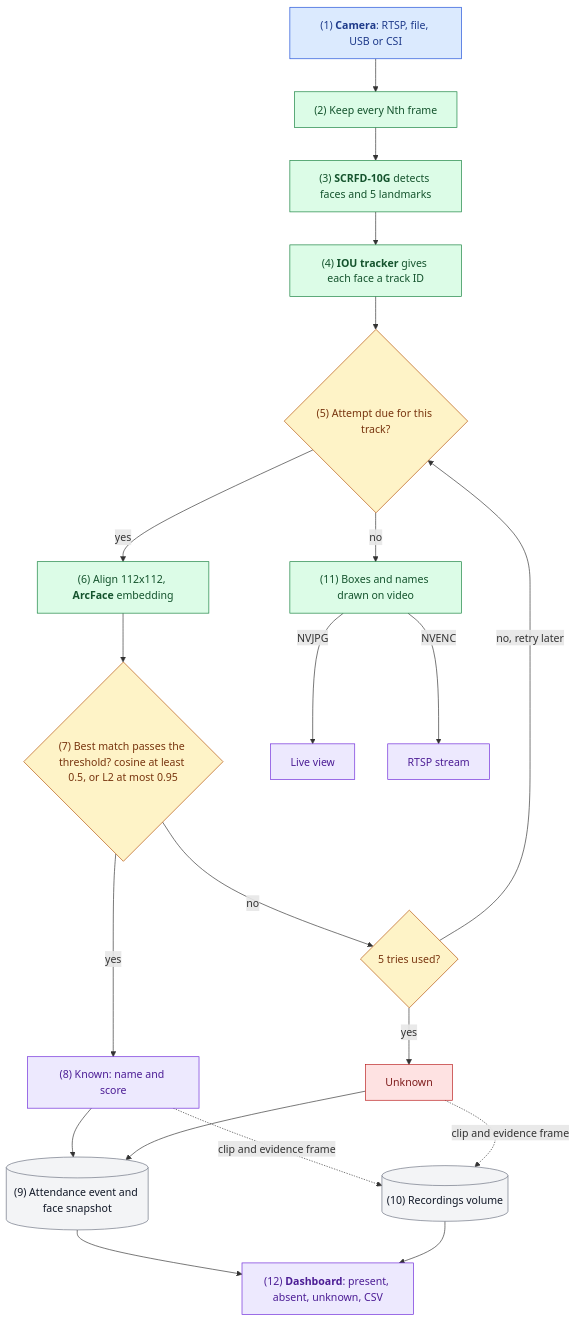
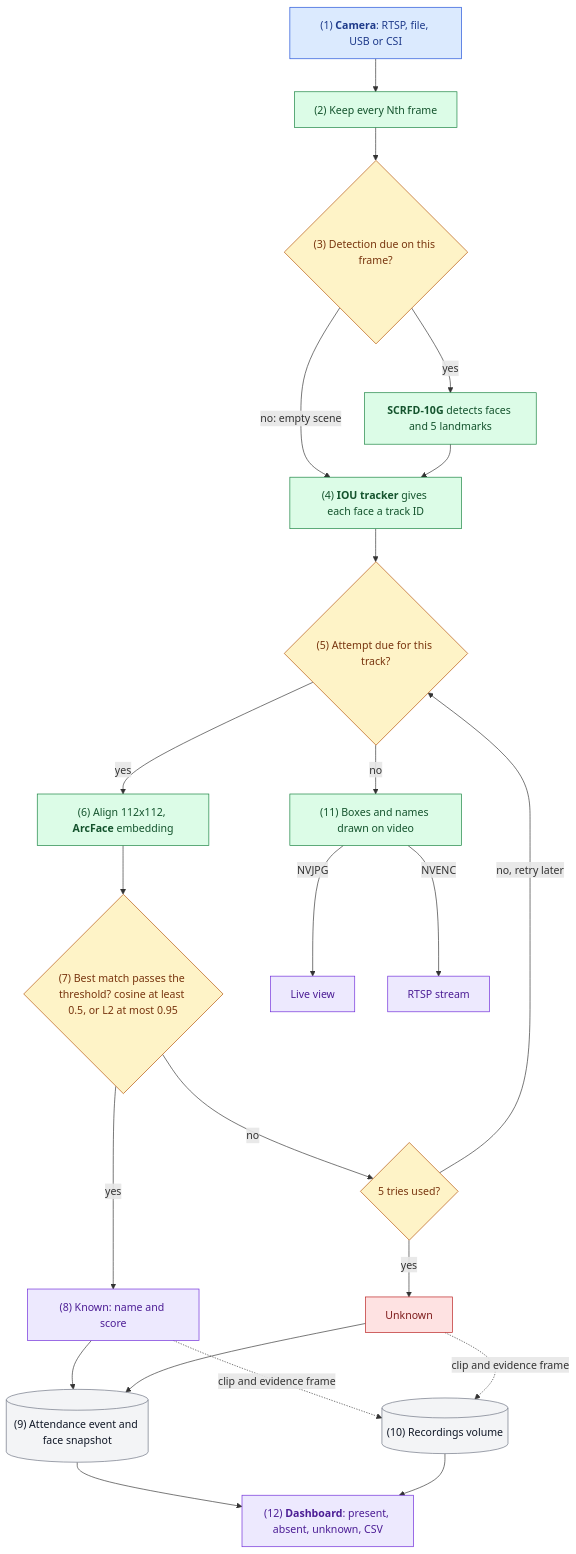
One commit to hamza-aziz-ai/Jetson-Nano-Face-Recognition-Attendance-System changed the first of 2 diagrams in README.md. Above: the diagram before and after it, drawn with Mermaid. The commit also changed other lines of this file, not shown here.

First line of the commit message:
docs(readme): enterprise layout with at-a-glance metrics and the current release flow, so it reads well and matches D-031/D-032 (#2)

````diff
--- a/README.md
+++ b/README.md
@@ -20,28 +69,30 @@
 ```mermaid
 flowchart TB
   CAM["`(1) **Camera**: RTSP, file, USB or CSI`"]:::entry --> DROP["`(2) Keep every Nth frame`"]:::step
-  DROP --> DET["`(3) **SCRFD-10G** detects faces and 5 landmarks`"]:::step
+  DROP --> DUE0{"`(3) Detection due on this frame?`"}:::decision
+  DUE0 -->|"`yes`"| DET["`**SCRFD-10G** detects faces and 5 landmarks`"]:::step
+  DUE0 -->|"`no: empty scene`"| TRK
   DET --> TRK["`(4) **IOU tracker** gives each face a track ID`"]:::step
   TRK --> DUE{"`(5) Attempt due for this track?`"}:::decision
   DUE -->|"`no`"| OSD["`(11) Boxes and names drawn on video`"]:::step
   DUE -->|"`yes`"| EMB["`(6) Align 112x112, **ArcFace** embedding`"]:::step
   EMB --> MATCH{"`(7) Best match passes the threshold? cosine at least 0.5, or L2 at most 0.95`"}:::decision
   MATCH -->|"`yes`"| KNOWN["`(8) Known: name and score`"]:::outcome
   MATCH -->|"`no`"| TRIES{"`5 tries used?`"}:::decision
   TRIES -->|"`no, retry later`"| DUE
   TRIES -->|"`yes`"| UNK["`Unknown`"]:::error
   KNOWN --> EVT[("`(9) Attendance event and face snapshot`")]:::store
   UNK --> EVT
   KNOWN -.->|"`clip and evidence frame`"| REC[("`(10) Recordings volume`")]:::store
   UNK -.->|"`clip and evidence frame`"| REC
   OSD -->|"`NVJPG`"| LIVE["`Live view`"]:::outcome
   OSD -->|"`NVENC`"| RTSP["`RTSP stream`"]:::outcome
   EVT --> WEB["`(12) **Dashboard**: present, absent, unknown, CSV`"]:::outcome
   REC --> WEB
   classDef entry fill:#dbeafe,stroke:#1d4ed8,color:#1e3a8a
   classDef step fill:#dcfce7,stroke:#15803d,color:#14532d
   classDef decision fill:#fef3c7,stroke:#b45309,color:#78350f
   classDef outcome fill:#ede9fe,stroke:#6d28d9,color:#4c1d95
   classDef error fill:#fee2e2,stroke:#b91c1c,color:#7f1d1d
   classDef store fill:#f3f4f6,stroke:#6b7280,color:#111827
 ```
````
